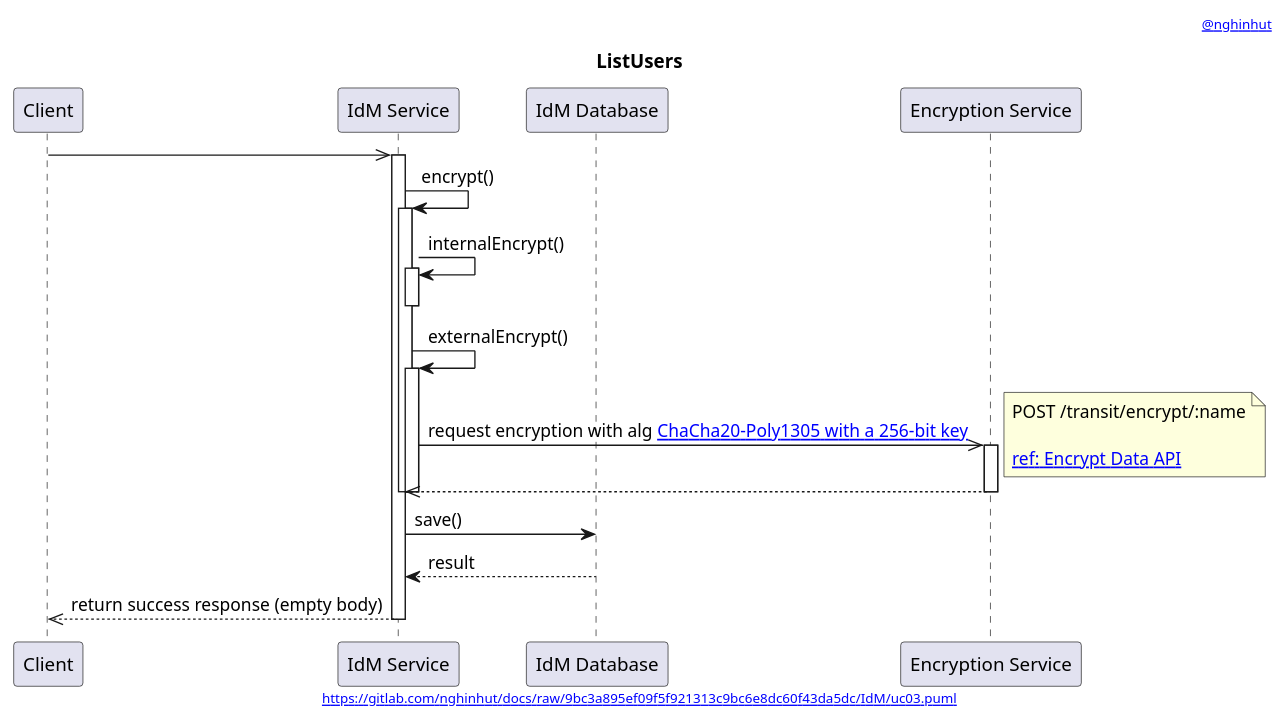
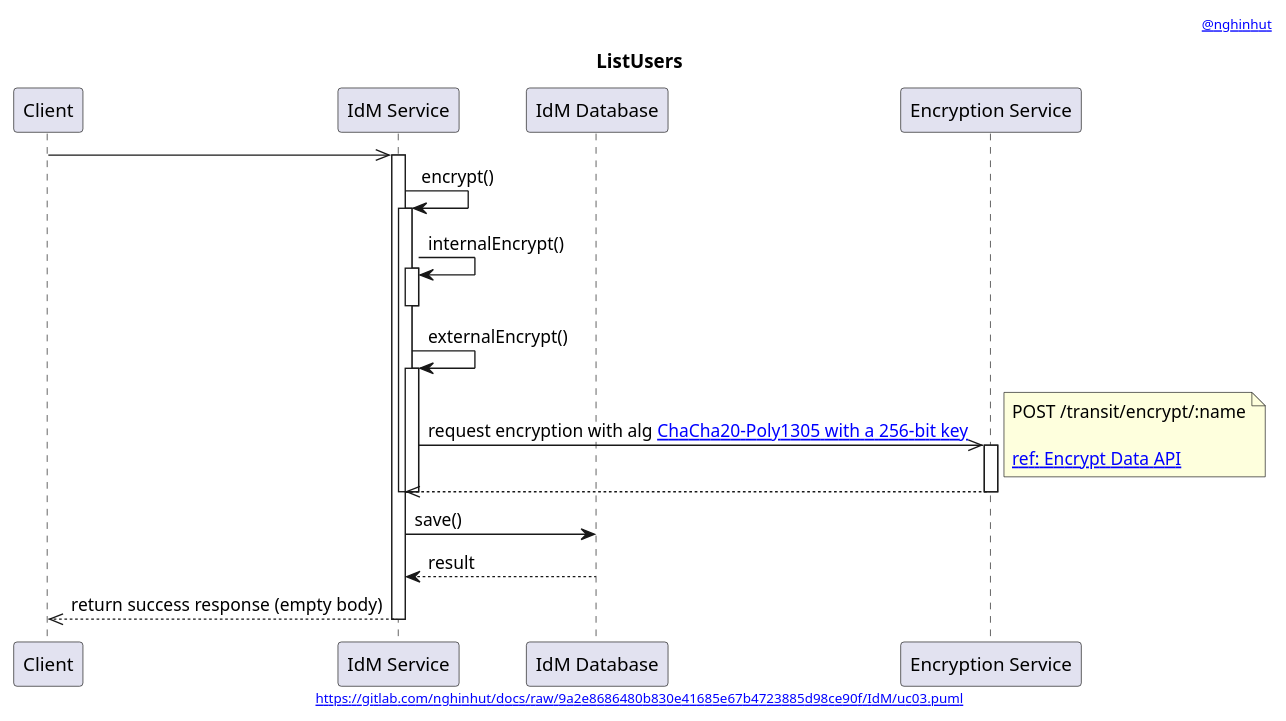
One commit to nghinhut/docs changed the diagram in IdM/uc03.sequence.puml. Above: the diagram before and after it, drawn with PlantUML. The commit also changed 17 other files, not shown here.

Commit message:
Update diagrams

```diff
--- a/IdM/uc03.sequence.puml
+++ b/IdM/uc03.sequence.puml
@@ -1,43 +1,43 @@
 @startuml
 '-----START auto generated metadata please keep comment here to allow auto update-----
 '-----DON'T EDIT THIS SECTION, INSTEAD RE-RUN prebuild.sh TO UPDATE-----
 header [[mailto:nghinhut@gmail.com @nghinhut]]
-footer [[https://gitlab.com/nghinhut/docs/raw/9bc3a895ef09f5f921313c9bc6e8dc60f43da5dc/IdM/uc03.puml]]
+footer [[https://gitlab.com/nghinhut/docs/raw/9a2e8686480b830e41685e67b4723885d98ce90f/IdM/uc03.puml]]
 '-----END auto generated metadata please keep comment here to allow auto update-----
 title ListUsers
 
 participant "Client" as client
 participant "IdM Service" as idm
 participant "IdM Database" as db
 participant "Encryption Service" as es
 
 client ->> idm
 activate idm
 
 idm -> idm : encrypt()
 activate idm
 idm -> idm : internalEncrypt()
 activate idm
 deactivate idm
 
 idm -> idm : externalEncrypt()
 activate idm
 idm ->> es : request encryption with alg [[https://www.vaultproject.io/docs/secrets/transit/index.html#chacha20-poly1305 ChaCha20-Poly1305 with a 256-bit key]]
 note right
     POST /transit/encrypt/:name
 
     [[https://www.vaultproject.io/api/secret/transit/index.html#encrypt-data ref: Encrypt Data API]]
 end note
 activate es
 idm <<-- es
 deactivate es
 deactivate idm
 deactivate idm
 
 idm -> db : save()
 idm <-- db : result
 
 client <<-- idm : return success response (empty body)
 deactivate idm
 
 @enduml
```
